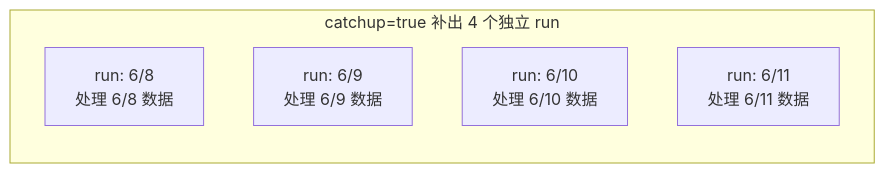
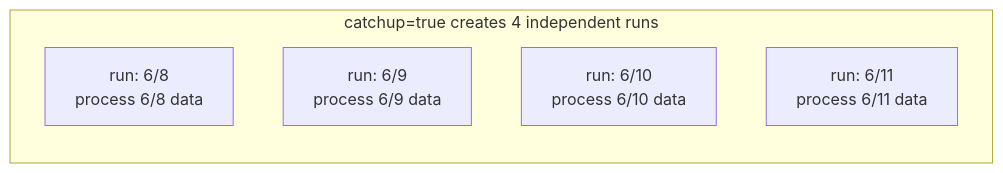
Before and after one commit to ako74programmer/poc-cronova-windows: the seventh of 10 diagrams in docs/ARCHITECTURE.md, drawn with Mermaid. The commit also changed other lines of this file and 10 other files, not shown here.

Commit message:
docs: rewrite ARCHITECTURE in English + Polish, sync embedded docs, add to KB and nav, remove Chinese UI refs

````diff
--- a/docs/ARCHITECTURE.md
+++ b/docs/ARCHITECTURE.md
@@ -498,9 +463,9 @@
 ```mermaid
 flowchart LR
-    subgraph 补跑["catchup=true 补出 4 个独立 run"]
-        R8["run: 6/8<br/>处理 6/8 数据"]
-        R9["run: 6/9<br/>处理 6/9 数据"]
-        R10["run: 6/10<br/>处理 6/10 数据"]
-        R11["run: 6/11<br/>处理 6/11 数据"]
+    subgraph catchup["catchup=true creates 4 independent runs"]
+        R8["run: 6/8<br/>process 6/8 data"]
+        R9["run: 6/9<br/>process 6/9 data"]
+        R10["run: 6/10<br/>process 6/10 data"]
+        R11["run: 6/11<br/>process 6/11 data"]
     end
 ```
````
